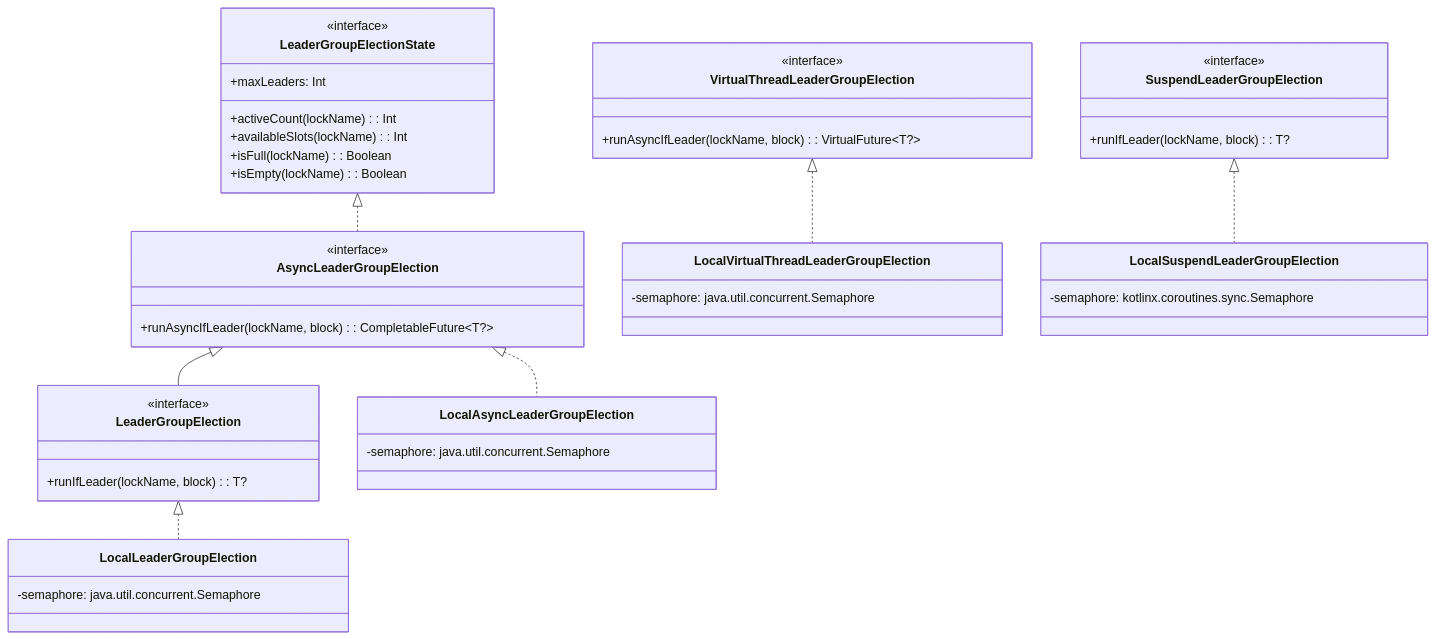
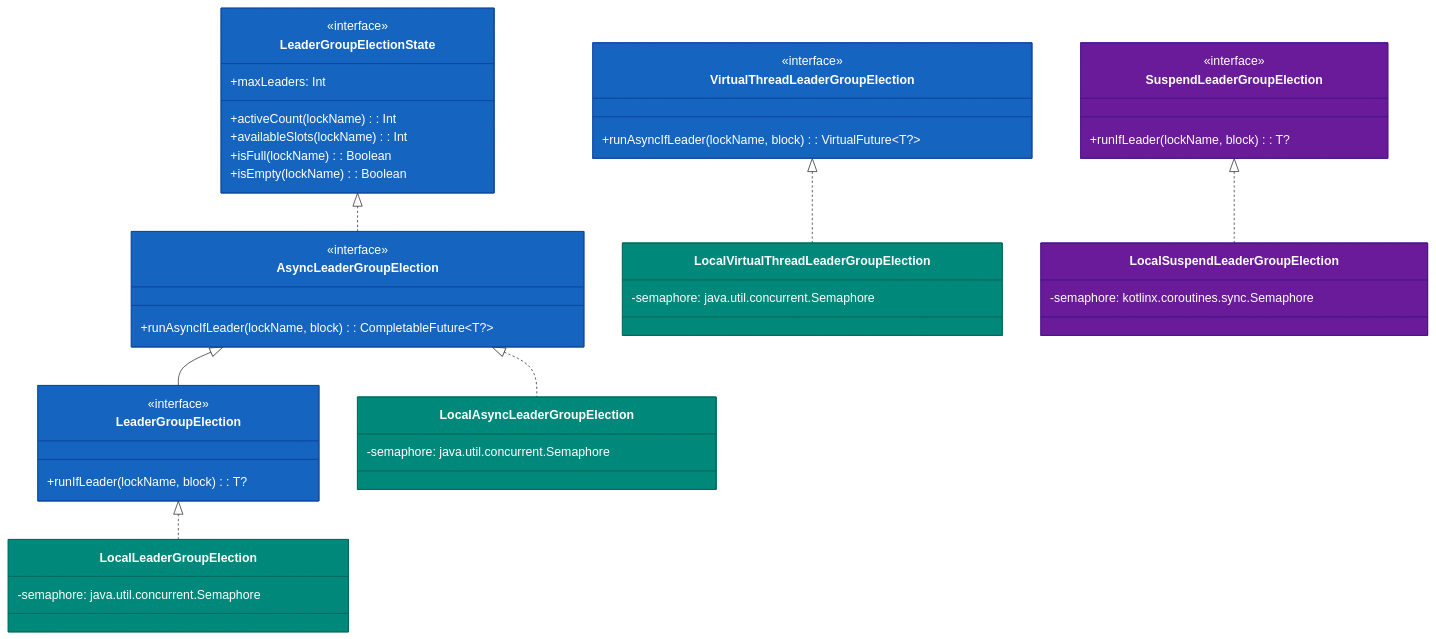
One commit to bluetape4k/bluetape4k-projects changed the fourth of 5 diagrams in utils/leader/README.ko.md. Above: the diagram before and after it, drawn with Mermaid. The commit also changed other lines of this file and 221 other files, not shown here.

First line of the commit message:
docs: 전체 모듈 README UML 다이어그램 보강 및 색상 업그레이드

````diff
--- a/utils/leader/README.ko.md
+++ b/utils/leader/README.ko.md
@@ -114,54 +146,64 @@
 ```mermaid
 classDiagram
     class LeaderGroupElectionState {
         <<interface>>
         +maxLeaders: Int
         +activeCount(lockName): Int
         +availableSlots(lockName): Int
         +isFull(lockName): Boolean
         +isEmpty(lockName): Boolean
     }
 
     class AsyncLeaderGroupElection {
         <<interface>>
         +runAsyncIfLeader(lockName, block): CompletableFuture~T?~
     }
 
     class LeaderGroupElection {
         <<interface>>
         +runIfLeader(lockName, block): T?
     }
 
     class VirtualThreadLeaderGroupElection {
         <<interface>>
         +runAsyncIfLeader(lockName, block): VirtualFuture~T?~
     }
 
     class SuspendLeaderGroupElection {
         <<interface>>
         +runIfLeader(lockName, block): T?
     }
 
     class LocalLeaderGroupElection {
         -semaphore: java.util.concurrent.Semaphore
     }
 
     class LocalAsyncLeaderGroupElection {
         -semaphore: java.util.concurrent.Semaphore
     }
 
     class LocalVirtualThreadLeaderGroupElection {
         -semaphore: java.util.concurrent.Semaphore
     }
 
     class LocalSuspendLeaderGroupElection {
         -semaphore: kotlinx.coroutines.sync.Semaphore
     }
 
     LeaderGroupElectionState <|.. AsyncLeaderGroupElection
     AsyncLeaderGroupElection <|-- LeaderGroupElection
     LeaderGroupElection <|.. LocalLeaderGroupElection
     AsyncLeaderGroupElection <|.. LocalAsyncLeaderGroupElection
     VirtualThreadLeaderGroupElection <|.. LocalVirtualThreadLeaderGroupElection
     SuspendLeaderGroupElection <|.. LocalSuspendLeaderGroupElection
+
+    style LeaderGroupElectionState fill:#1565C0,stroke:#0D47A1,color:#FFFFFF
+    style AsyncLeaderGroupElection fill:#1565C0,stroke:#0D47A1,color:#FFFFFF
+    style LeaderGroupElection fill:#1565C0,stroke:#0D47A1,color:#FFFFFF
+    style VirtualThreadLeaderGroupElection fill:#1565C0,stroke:#0D47A1,color:#FFFFFF
+    style SuspendLeaderGroupElection fill:#6A1B9A,stroke:#4A148C,color:#FFFFFF
+    style LocalLeaderGroupElection fill:#00897B,stroke:#00695C,color:#FFFFFF
+    style LocalAsyncLeaderGroupElection fill:#00897B,stroke:#00695C,color:#FFFFFF
+    style LocalVirtualThreadLeaderGroupElection fill:#00897B,stroke:#00695C,color:#FFFFFF
+    style LocalSuspendLeaderGroupElection fill:#6A1B9A,stroke:#4A148C,color:#FFFFFF
 ```
````
